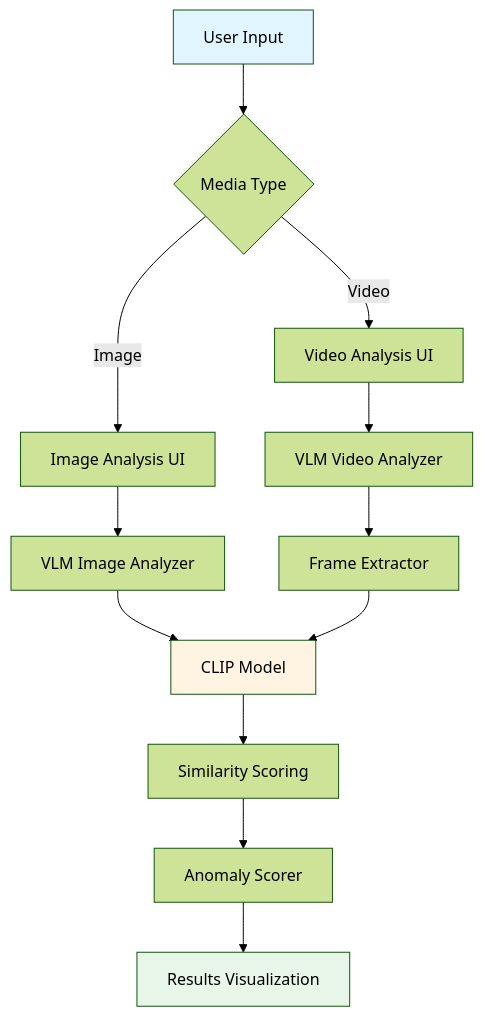
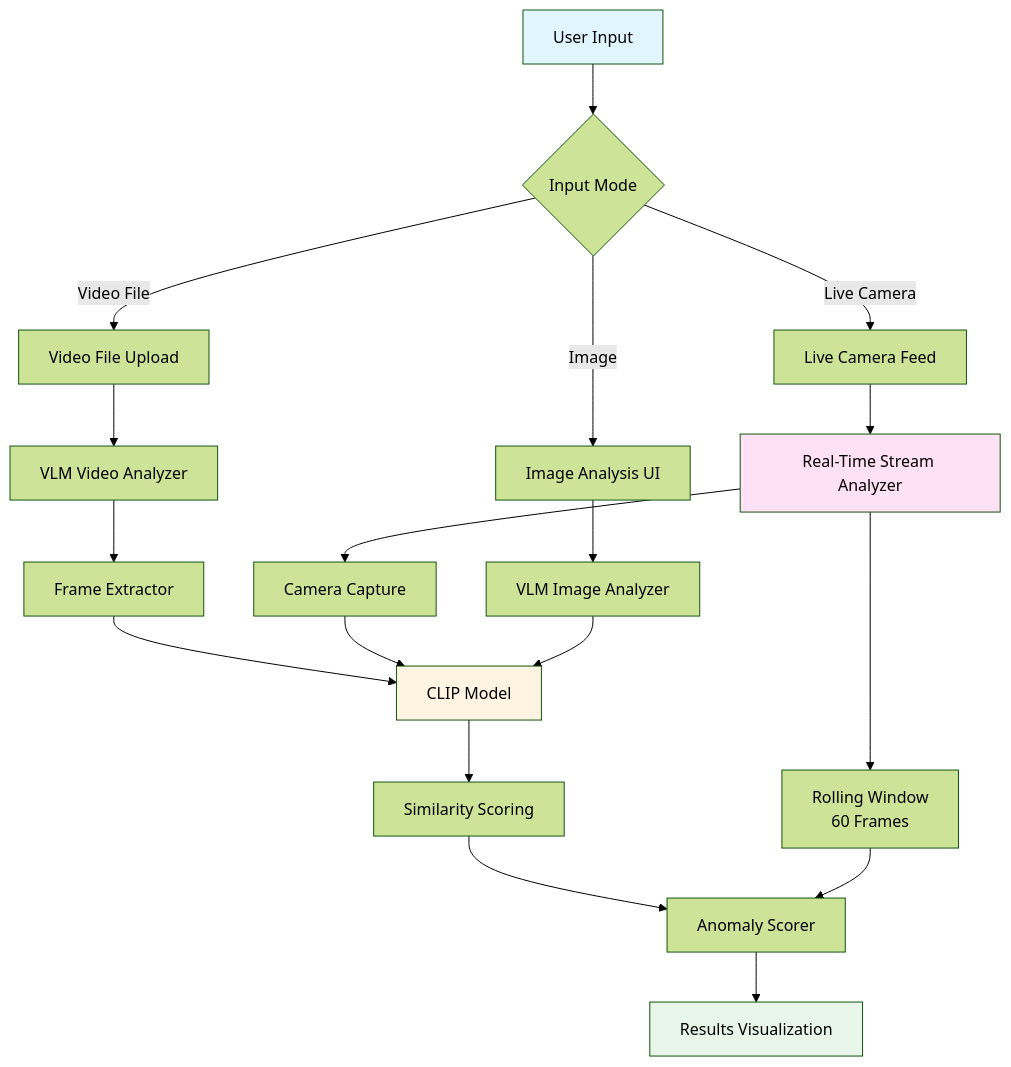
One commit to Seif-rashwan/VLM-Anomaly-Detection-- changed the first of 2 diagrams in README.md. Above: the diagram before and after it, drawn with Mermaid (forest theme). The commit also changed other lines of this file, not shown here.

````diff
--- a/README.md
+++ b/README.md
@@ -63,21 +75,29 @@
 ```mermaid
 graph TB
-    A[User Input] --> B{Media Type}
-    B -->|Image| C[Image Analysis UI]
-    B -->|Video| D[Video Analysis UI]
+    A[User Input] --> B{Input Mode}
+    B -->|Video File| C[Video File Upload]
+    B -->|Live Camera| D[Live Camera Feed]
+    B -->|Image| E[Image Analysis UI]
     
-    C --> E[VLM Image Analyzer]
-    D --> F[VLM Video Analyzer]
+    C --> F[VLM Video Analyzer]
+    D --> G[Real-Time Stream Analyzer]
+    E --> H[VLM Image Analyzer]
     
-    E --> G[CLIP Model]
-    F --> H[Frame Extractor]
-    H --> G
+    F --> I[Frame Extractor]
+    G --> J[Camera Capture]
+    I --> K[CLIP Model]
+    J --> K
+    H --> K
     
-    G --> I[Similarity Scoring]
-    I --> J[Anomaly Scorer]
-    J --> K[Results Visualization]
+    K --> L[Similarity Scoring]
+    L --> M[Anomaly Scorer]
+    M --> N[Results Visualization]
+    
+    G --> O[Rolling Window<br/>60 Frames]
+    O --> M
     
     style A fill:#e1f5ff
-    style G fill:#fff4e1
-    style K fill:#e8f5e9
+    style K fill:#fff4e1
+    style N fill:#e8f5e9
+    style G fill:#ffe1f5
 ```
````
